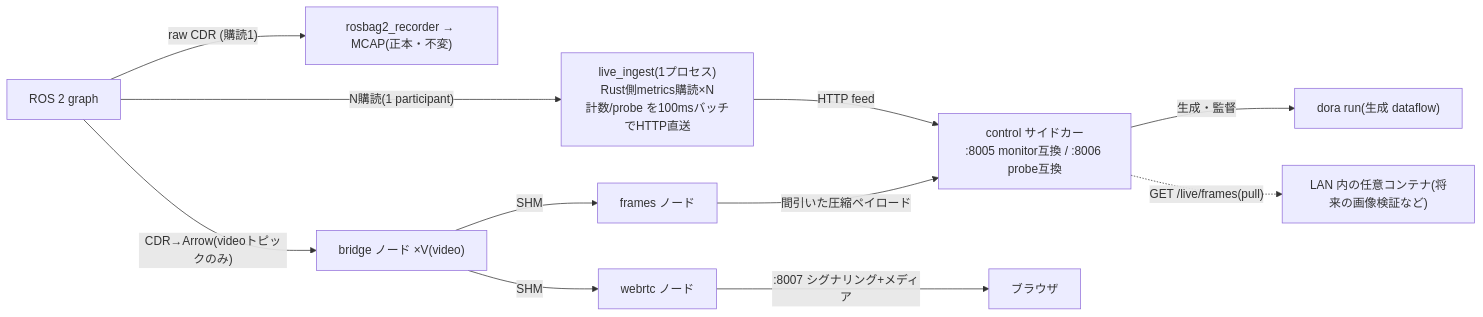
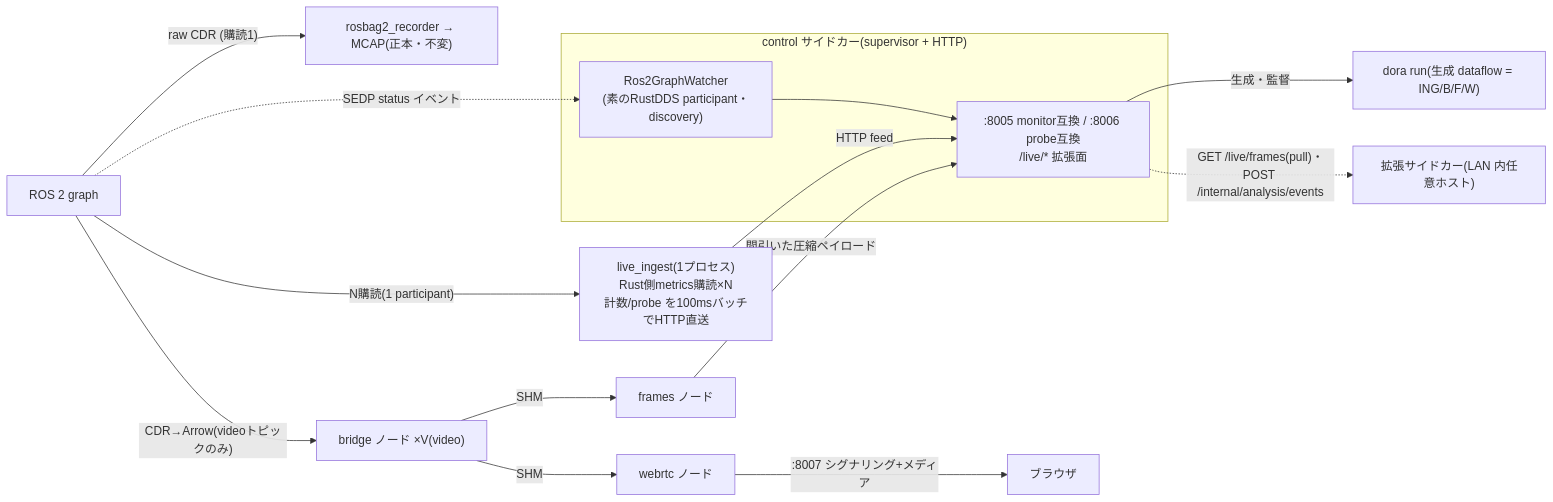
The first of 2 diagrams in docs/specs/ja/dora_live.md (sige0002/kairos), drawn with Mermaid before and after one commit. The commit also changed other lines of this file and 5 other files, not shown here.

First line of the commit message:
docs: mermaid architecture, dora-flow lifecycle, and extension-integration diagrams

````diff
--- a/docs/specs/ja/dora_live.md
+++ b/docs/specs/ja/dora_live.md
@@ -25,12 +25,16 @@
 ```mermaid
 flowchart LR
     ROS["ROS 2 graph"] -->|"raw CDR (購読1)"| REC["rosbag2_recorder → MCAP(正本・不変)"]
     ROS -->|"N購読(1 participant)"| ING["live_ingest(1プロセス)<br/>Rust側metrics購読×N<br/>計数/probe を100msバッチでHTTP直送"]
     ROS -->|"CDR→Arrow(videoトピックのみ)"| B["bridge ノード ×V(video)"]
-    ING -->|"HTTP feed"| C["control サイドカー<br/>:8005 monitor互換 / :8006 probe互換"]
+    ROS -.->|"SEDP status イベント"| GW["Ros2GraphWatcher<br/>(素のRustDDS participant・discovery)"]
+    subgraph CTRL["control サイドカー(supervisor + HTTP)"]
+        GW --> C[":8005 monitor互換 / :8006 probe互換<br/>/live/* 拡張面"]
+    end
+    ING -->|"HTTP feed"| C
     B -->|"SHM"| F["frames ノード"] & W["webrtc ノード"]
     F -->|"間引いた圧縮ペイロード"| C
     W -->|":8007 シグナリング+メディア"| BR["ブラウザ"]
-    C -->|生成・監督| DF["dora run(生成 dataflow)"]
-    C -.->|"GET /live/frames(pull)"| EXT["LAN 内の任意コンテナ(将来の画像検証など)"]
+    C -->|"生成・監督"| DF["dora run(生成 dataflow = ING/B/F/W)"]
+    C -.->|"GET /live/frames(pull)・POST /internal/analysis/events"| EXT["拡張サイドカー(LAN 内任意ホスト)"]
 ```
````
